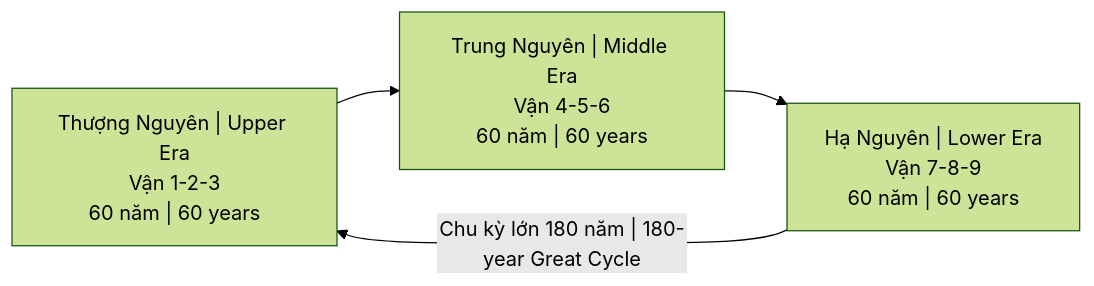
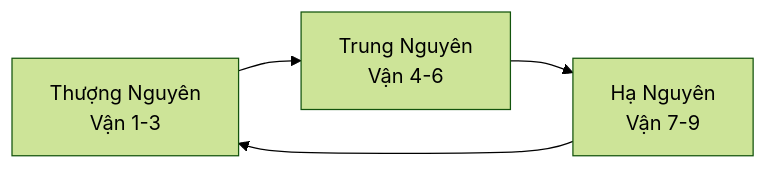
The first of 2 diagrams in esoterica/Vận Chín.md (dyukahi/knowledge), drawn with Mermaid (forest theme) before and after one commit. The commit also changed other lines of this file and 5 other files, not shown here.

````diff
--- a/esoterica/Vận Chín.md
+++ b/esoterica/Vận Chín.md
@@ -21,9 +36,7 @@
 ```mermaid
 flowchart LR
-    A["Thượng Nguyên | Upper Era<br/>Vận 1-2-3<br/>60 năm | 60 years"]
-    B["Trung Nguyên | Middle Era<br/>Vận 4-5-6<br/>60 năm | 60 years"]
-    C["Hạ Nguyên | Lower Era<br/>Vận 7-8-9<br/>60 năm | 60 years"]
-    
-    A --> B --> C
-    C -->|"Chu kỳ lớn 180 năm | 180-year Great Cycle"| A
+    A["Thượng Nguyên<br/>Vận 1-3"]
+    B["Trung Nguyên<br/>Vận 4-6"]
+    C["Hạ Nguyên<br/>Vận 7-9"]
+    A --> B --> C --> A
 ```
````
